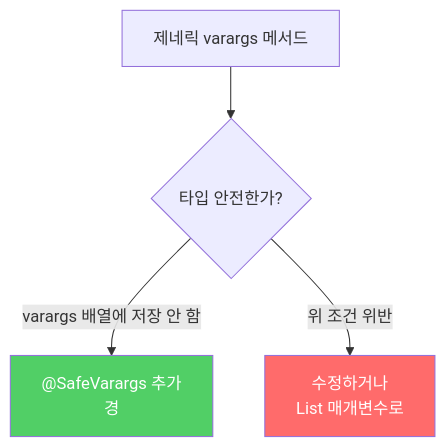
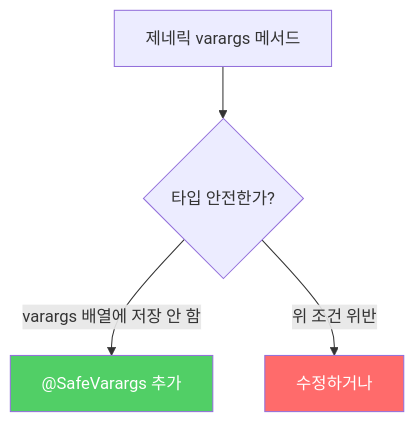
Before and after one commit to yjkim2015/yjkim2015.github.io: the second of 2 diagrams in _posts/java/2022-01-10-effective-java32.md, drawn with Mermaid. The commit also changed 217 other files, not shown here.

First line of the commit message:
Mermaid 크기 수정: useMaxWidth:true + SVG max-width:100% + 라벨 축소

````diff
--- a/_posts/java/2022-01-10-effective-java32.md
+++ b/_posts/java/2022-01-10-effective-java32.md
@@ -161,8 +161,8 @@
 ```mermaid
 graph TD
     A["제네릭 varargs 메서드"] --> B{"타입 안전한가?"}
-    B -->|"varargs 배열에 저장 안 함"| C["@SafeVarargs 추가\n경"]
-    B -->|"위 조건 위반"| D["수정하거나\nList 매개변수로"]
+    B -->|"varargs 배열에 저장 안 함"| C["@SafeVarargs 추가"]
+    B -->|"위 조건 위반"| D["수정하거나"]
     style C fill:#51cf66,color:#fff
     style D fill:#ff6b6b,color:#fff
 ```
````
